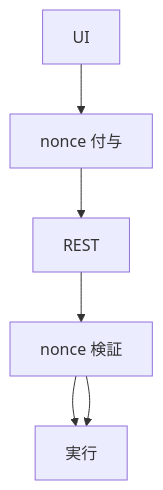
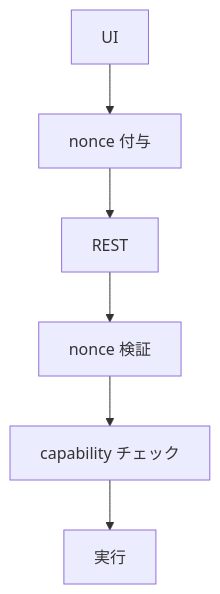
Before and after one commit to stein2nd/s2j-media-library-date-corrector: the second of 4 diagrams in docs/architecture.md, drawn with Mermaid. The commit also changed other lines of this file, not shown here.

````diff
--- a/docs/architecture.md
+++ b/docs/architecture.md
@@ -346,8 +405,8 @@
 ```mermaid
 flowchart TD
   A["UI"] --> B["nonce 付与"]
   B --> C["REST"]
   C --> D["nonce 検証"]
   D --> E["capability チェック"]
-  D --> E["実行"]
+  E --> F["実行"]
 ```
````
